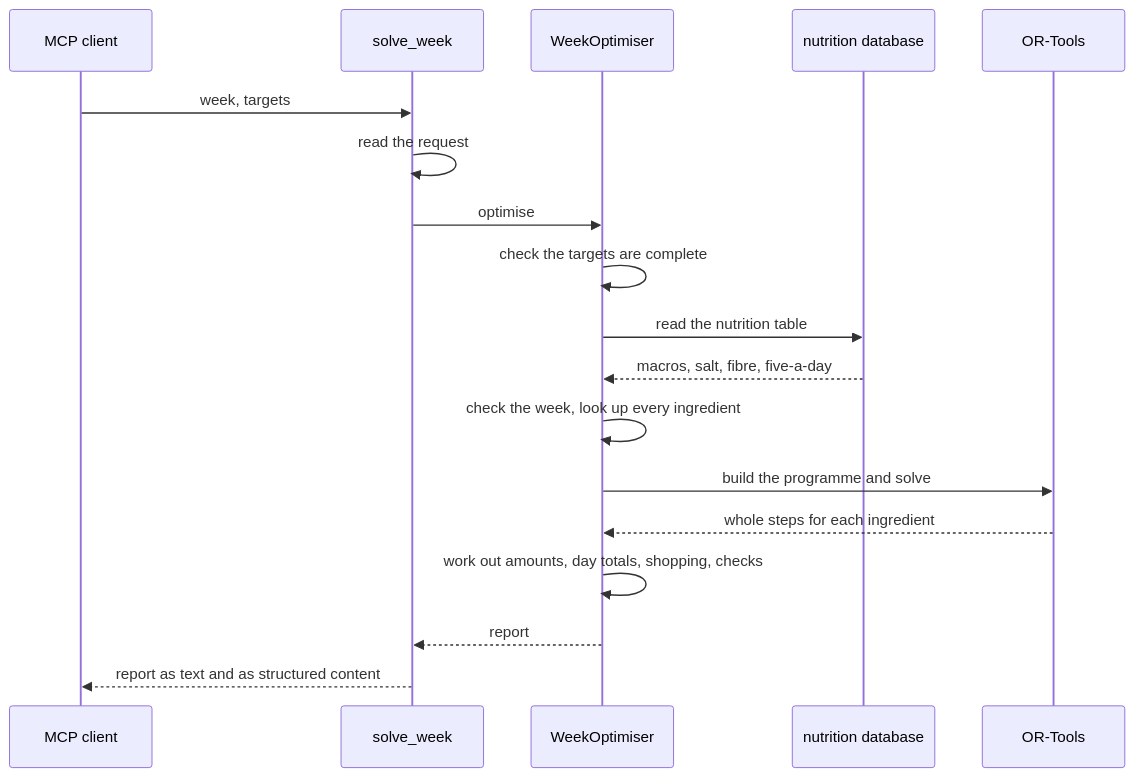
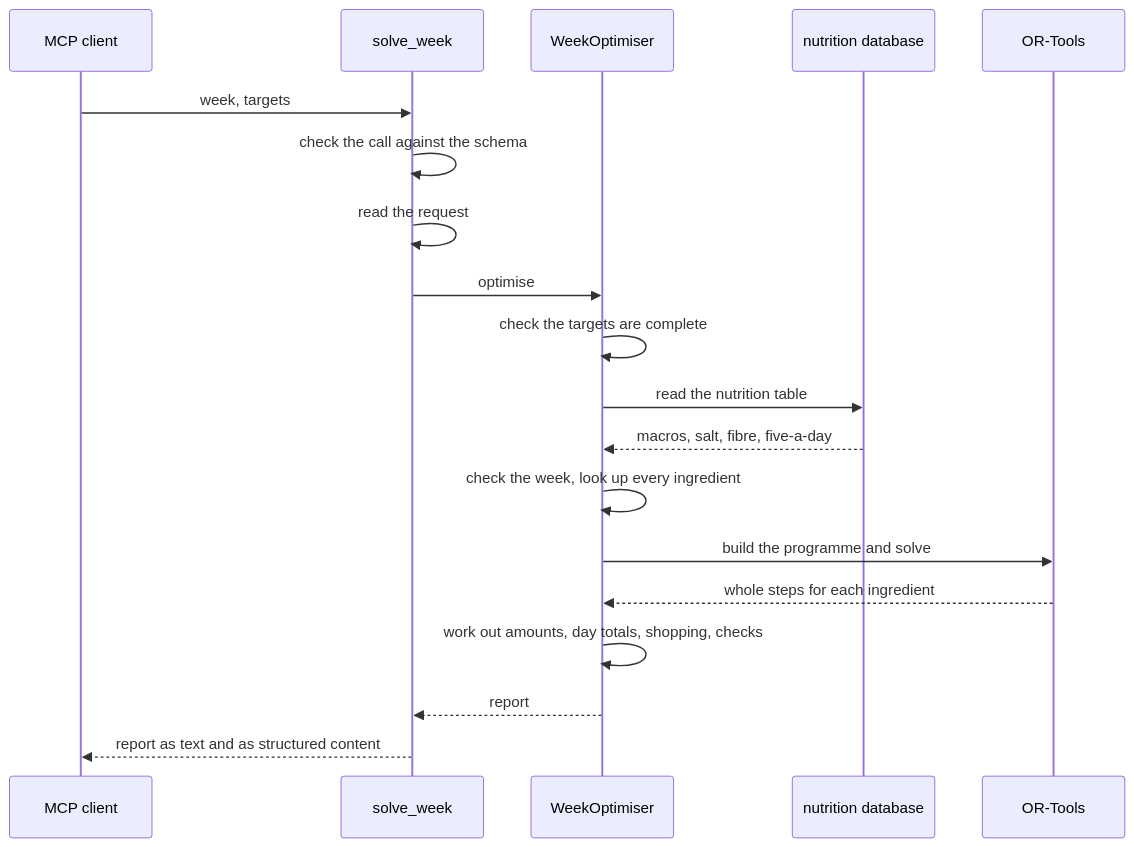
Before and after one commit to wbarrettdev/bulk-cook-planner: the diagram in optimiser/docs/flows/solve-week.md, drawn with Mermaid. The commit also changed other lines of this file and 35 other files, not shown here.

````diff
--- a/optimiser/docs/flows/solve-week.md
+++ b/optimiser/docs/flows/solve-week.md
@@ -5,21 +5,22 @@
 ```mermaid
 sequenceDiagram
     participant C as MCP client
     participant T as solve_week
     participant W as WeekOptimiser
     participant D as nutrition database
     participant S as OR-Tools
 
     C->>T: week, targets
+    T->>T: check the call against the schema
     T->>T: read the request
     T->>W: optimise
     W->>W: check the targets are complete
     W->>D: read the nutrition table
     D-->>W: macros, salt, fibre, five-a-day
     W->>W: check the week, look up every ingredient
     W->>S: build the programme and solve
     S-->>W: whole steps for each ingredient
     W->>W: work out amounts, day totals, shopping, checks
     W-->>T: report
     T-->>C: report as text and as structured content
 ```
````
